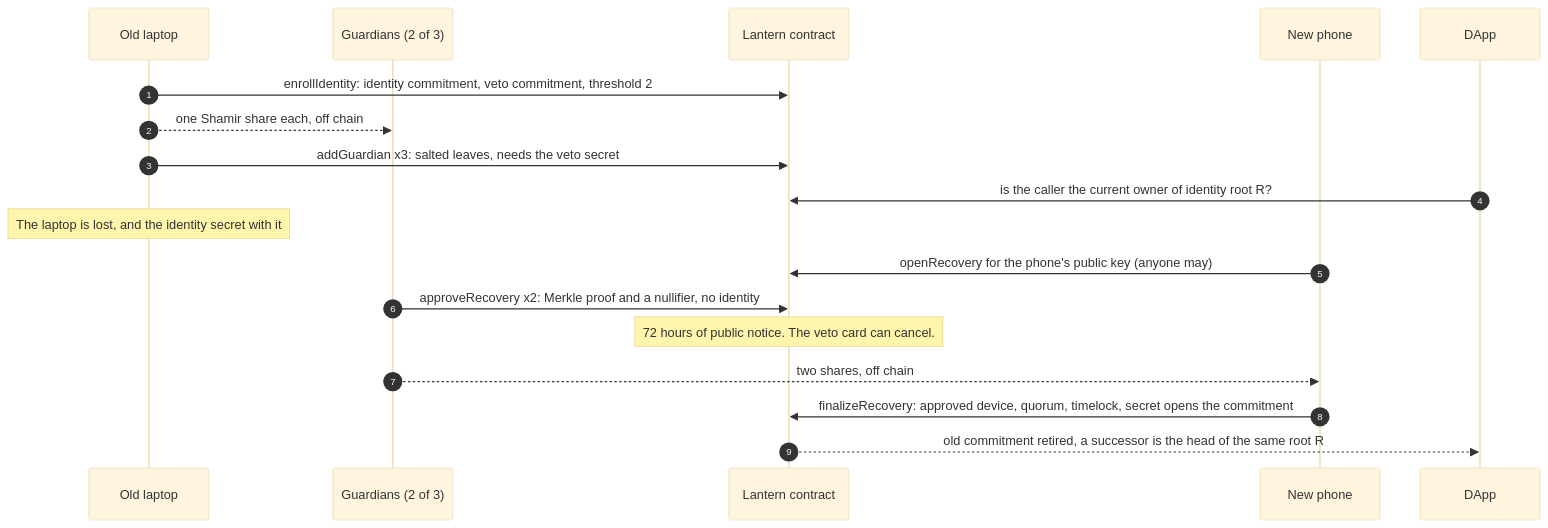
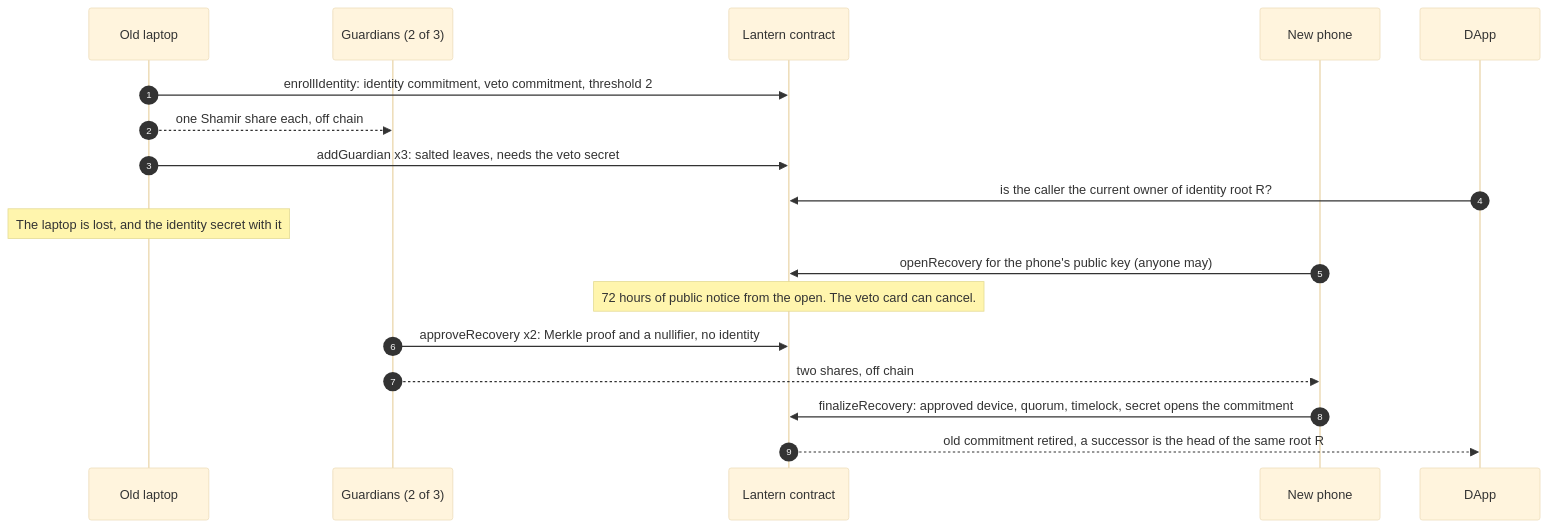
The diagram in README.md (OoJae/lantern), drawn with Mermaid (base theme) before and after one commit. The commit also changed other lines of this file and 15 other files, not shown here.

````diff
--- a/README.md
+++ b/README.md
@@ -153,20 +153,20 @@
 ```mermaid
 sequenceDiagram
   autonumber
   participant L as Old laptop
   participant G as Guardians (2 of 3)
   participant C as Lantern contract
   participant P as New phone
   participant D as DApp
   L->>C: enrollIdentity: identity commitment, veto commitment, threshold 2
   L-->>G: one Shamir share each, off chain
   L->>C: addGuardian x3: salted leaves, needs the veto secret
   D->>C: is the caller the current owner of identity root R?
   Note over L: The laptop is lost, and the identity secret with it
   P->>C: openRecovery for the phone's public key (anyone may)
+  Note over C: 72 hours of public notice from the open. The veto card can cancel.
   G->>C: approveRecovery x2: Merkle proof and a nullifier, no identity
-  Note over C: 72 hours of public notice. The veto card can cancel.
   G-->>P: two shares, off chain
   P->>C: finalizeRecovery: approved device, quorum, timelock, secret opens the commitment
   C-->>D: old commitment retired, a successor is the head of the same root R
 ```
````
